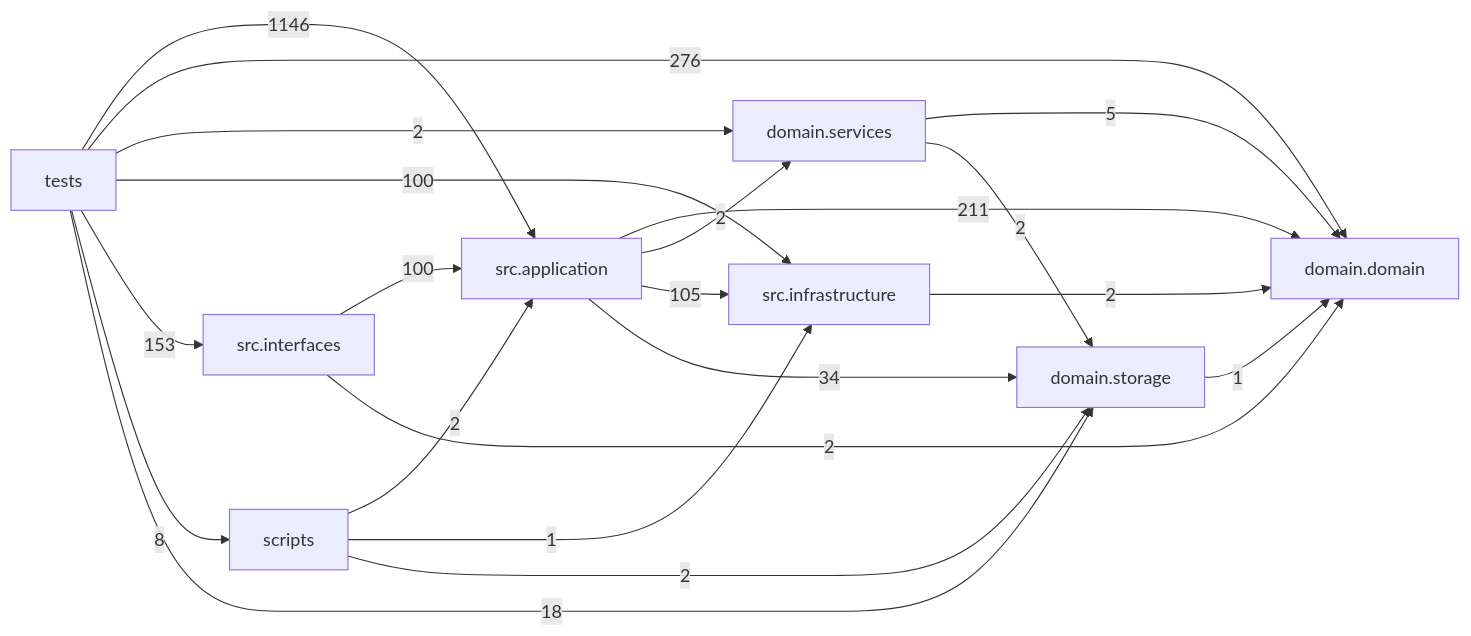
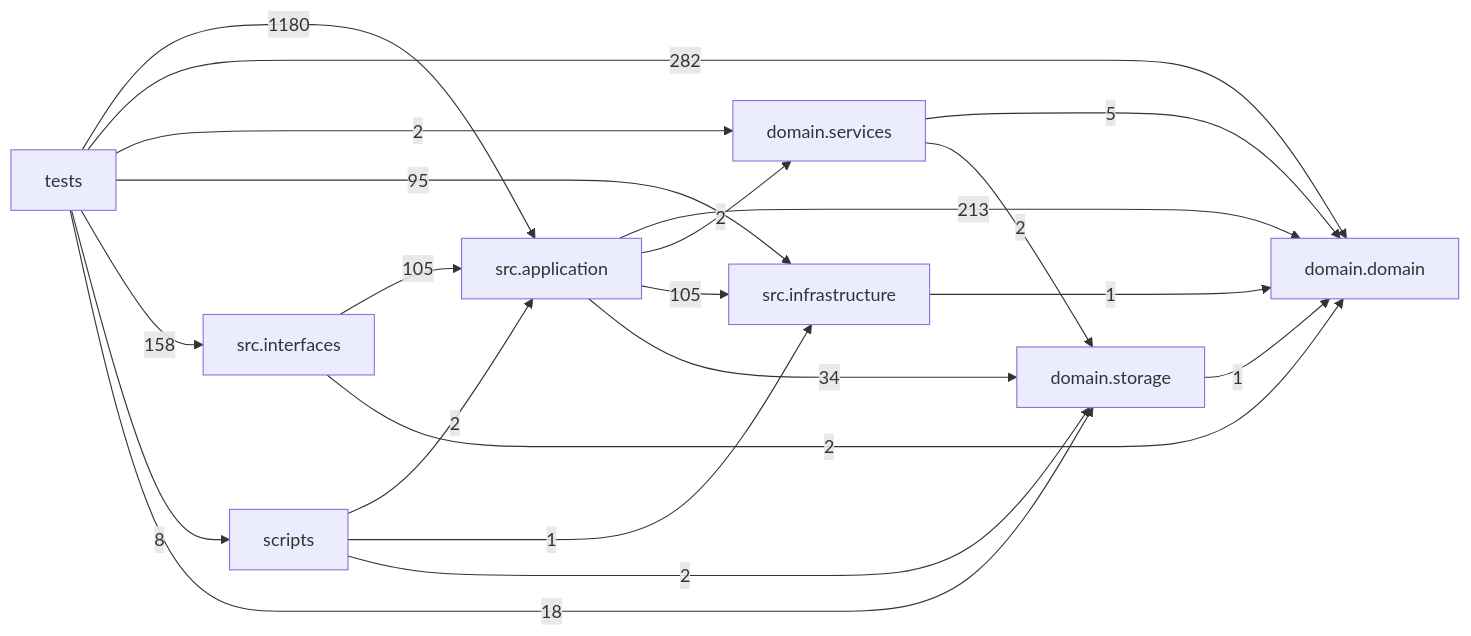
One commit to liuxie066/options-monitor changed the diagram in docs/DEPENDENCY_GRAPH.md. Above: the diagram before and after it, drawn with Mermaid. The commit also changed other lines of this file and 80 other files, not shown here.

````diff
--- a/docs/DEPENDENCY_GRAPH.md
+++ b/docs/DEPENDENCY_GRAPH.md
@@ -24,31 +24,31 @@
 ```mermaid
 flowchart LR
   tests["tests"]
   scripts["scripts"]
   interfaces["src.interfaces"]
   application["src.application"]
   infrastructure["src.infrastructure"]
   domain_services["domain.services"]
   domain["domain.domain"]
   storage["domain.storage"]
-  application -->|211| domain
+  application -->|213| domain
   application -->|2| domain_services
   application -->|105| infrastructure
   application -->|34| storage
   domain_services -->|5| domain
   domain_services -->|2| storage
-  infrastructure -->|2| domain
-  interfaces -->|100| application
+  infrastructure -->|1| domain
+  interfaces -->|105| application
   interfaces -->|2| domain
   scripts -->|2| application
   scripts -->|1| infrastructure
   scripts -->|2| storage
   storage -->|1| domain
-  tests -->|1146| application
-  tests -->|276| domain
+  tests -->|1180| application
+  tests -->|282| domain
   tests -->|2| domain_services
-  tests -->|100| infrastructure
-  tests -->|153| interfaces
+  tests -->|95| infrastructure
+  tests -->|158| interfaces
   tests -->|8| scripts
   tests -->|18| storage
 ```
````
